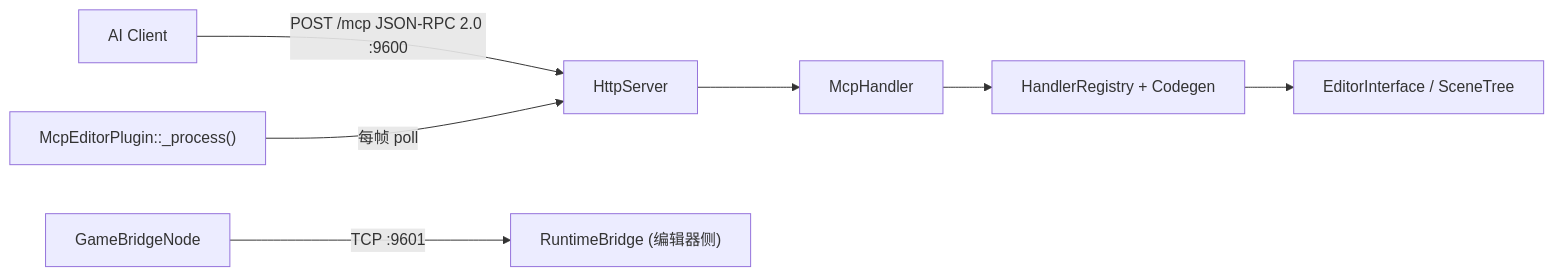
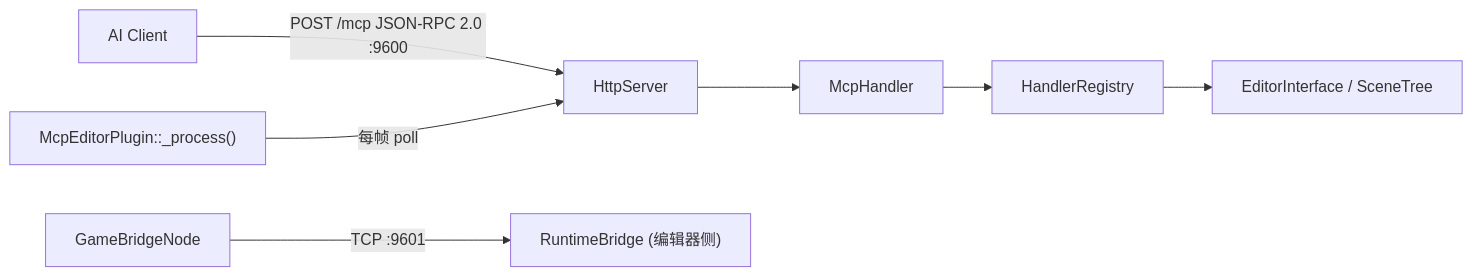
Before and after one commit to jesspig/GodotMCP-GDExtension: the diagram in AGENTS.md, drawn with Mermaid. The commit also changed other lines of this file and 33 other files, not shown here.

````diff
--- a/AGENTS.md
+++ b/AGENTS.md
@@ -31,9 +33,9 @@
 ```mermaid
 graph LR
     AI["AI Client"] -->|POST /mcp JSON-RPC 2.0 :9600| HTTP["HttpServer"]
     HTTP --> MCP["McpHandler"]
-    MCP --> Registry["HandlerRegistry + Codegen"]
+    MCP --> Registry["HandlerRegistry"]
     Registry --> Editor["EditorInterface / SceneTree"]
     EditorPlugin["McpEditorPlugin::_process()"] -->|每帧 poll| HTTP
     GameBridgeNode -->|TCP :9601| RuntimeBridge["RuntimeBridge (编辑器侧)"]
 ```
````
